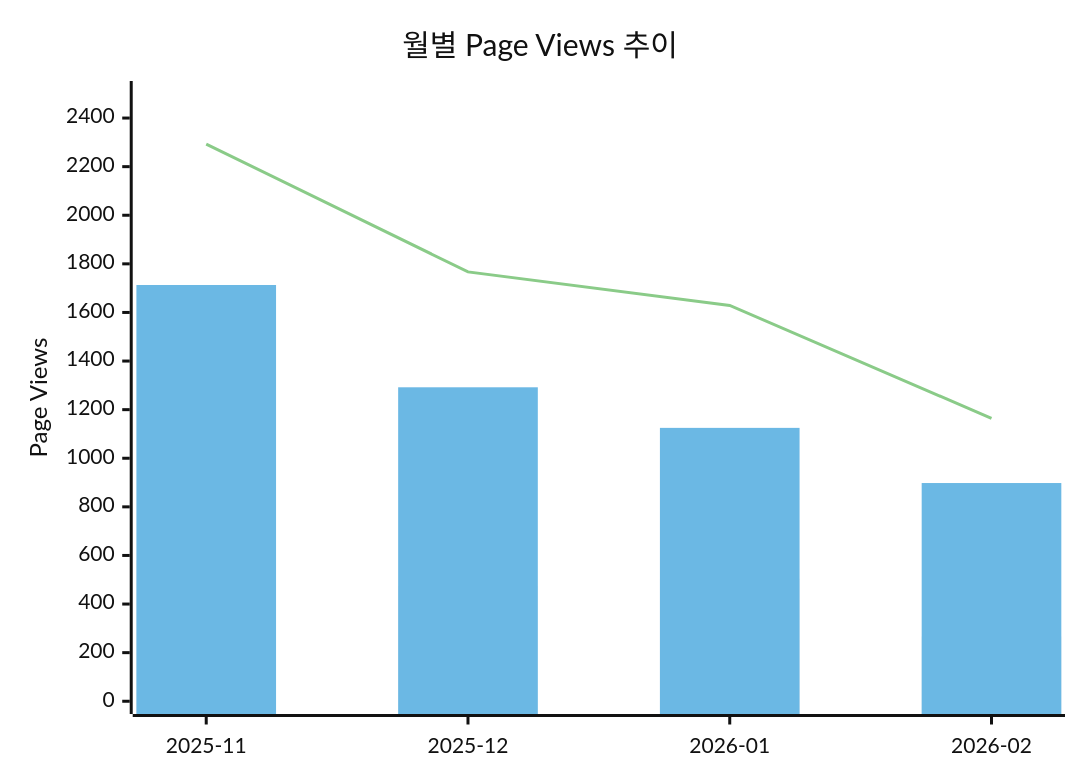
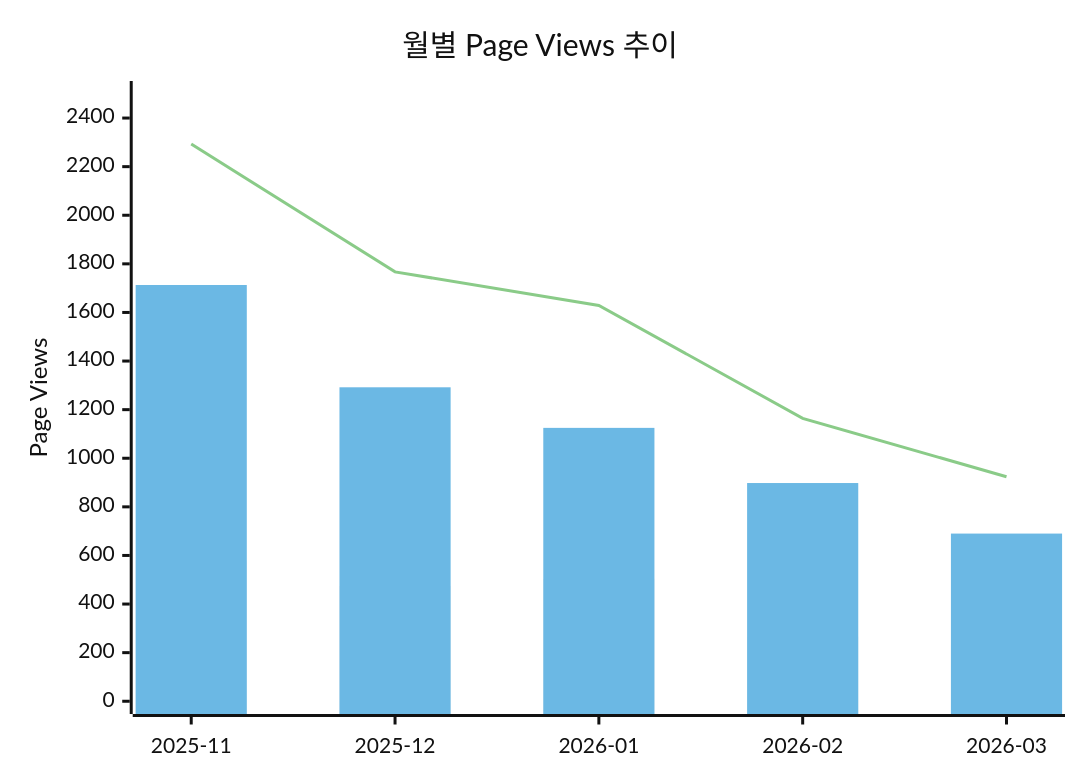
The third of 3 diagrams in reports/2026-03-31-homepage-content-pv-report.md (jk-kim0/skills-jk), drawn with Mermaid (neutral theme) before and after one commit. The commit also changed other lines of this file and 1 other file, not shown here.

````diff
--- a/reports/2026-03-31-homepage-content-pv-report.md
+++ b/reports/2026-03-31-homepage-content-pv-report.md
@@ -46,9 +46,9 @@
 ```mermaid
 xychart-beta
     title "월별 Page Views 추이"
-    x-axis ["2025-11", "2025-12", "2026-01", "2026-02"]
+    x-axis ["2025-11", "2025-12", "2026-01", "2026-02", "2026-03"]
     y-axis "Page Views" 0 --> 2500
-    bar [580, 475, 504, 266]
-    bar [1713, 1292, 1125, 898]
-    line [2293, 1767, 1629, 1164]
+    bar [580, 475, 504, 266, 234]
+    bar [1713, 1292, 1125, 898, 690]
+    line [2293, 1767, 1629, 1164, 924]
 ```
````
